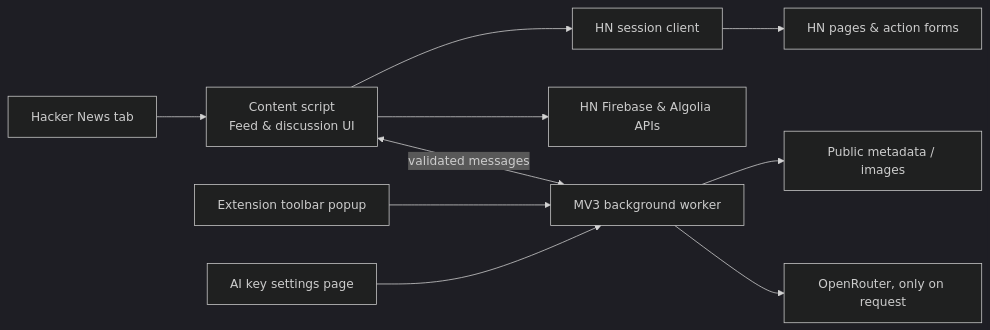
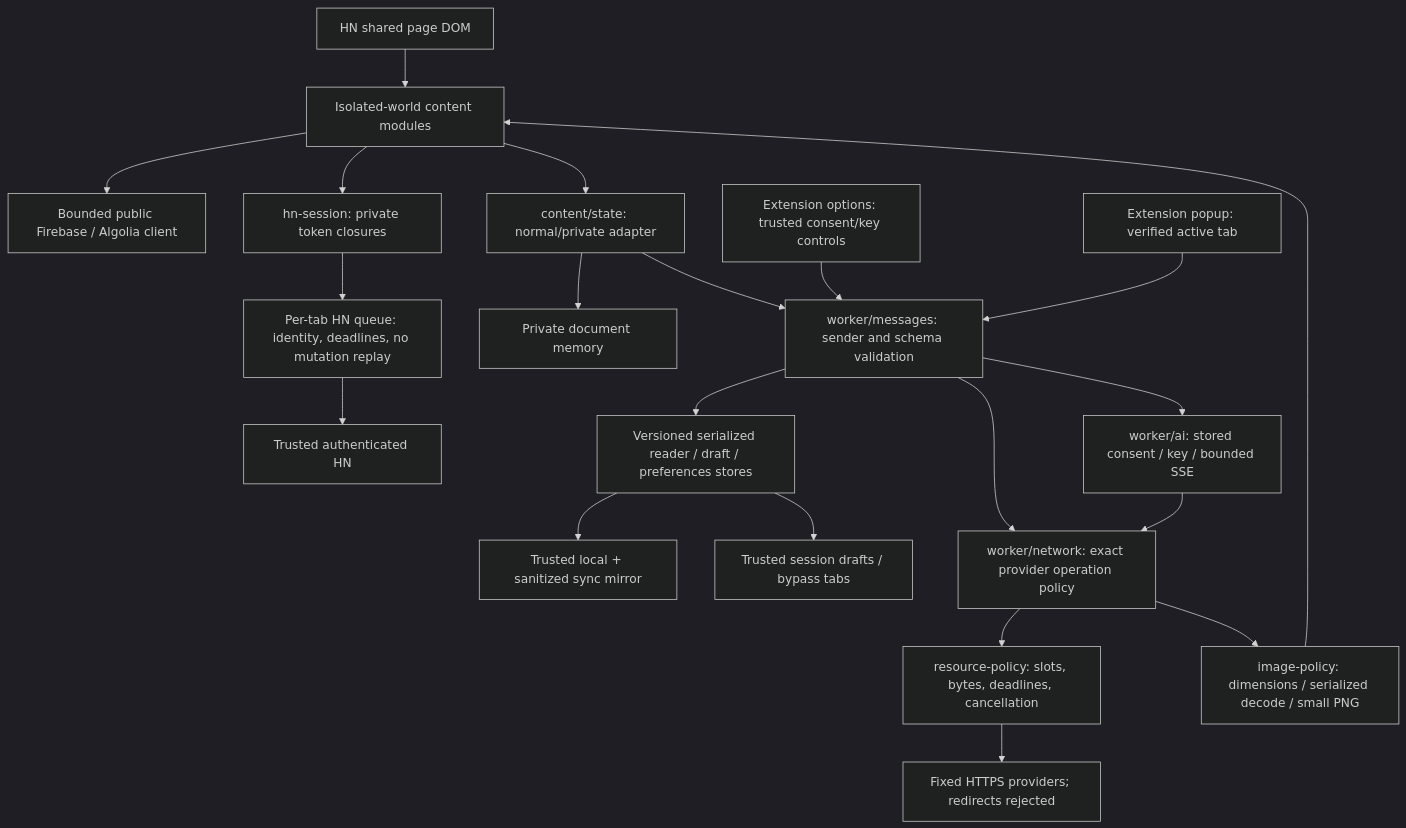
Before and after one commit to chaosmanage/harmonova: the diagram in docs/ARCHITECTURE.md, drawn with Mermaid (dark theme). The commit also changed other lines of this file, not shown here.

````diff
--- a/docs/ARCHITECTURE.md
+++ b/docs/ARCHITECTURE.md
@@ -11,12 +7,23 @@
 ```mermaid
-flowchart LR
-    HN[Hacker News tab] --> UI[Content script<br/>Feed & discussion UI]
-    UI --> Session[HN session client]
-    Session --> HNSite[HN pages & action forms]
-    UI --> Public[HN Firebase & Algolia APIs]
-    UI <-->|validated messages| Worker[MV3 background worker]
-    Worker --> Preview[Public metadata / images]
-    Worker --> AI[OpenRouter, only on request]
-    Popup[Extension toolbar popup] --> Worker
-    Options[AI key settings page] --> Worker
+flowchart TD
+    Page[HN shared page DOM] --> UI[Isolated-world content modules]
+    UI --> Public[Bounded public Firebase / Algolia client]
+    UI --> Session[hn-session: private token closures]
+    Session --> Queue[Per-tab HN queue: identity, deadlines, no mutation replay]
+    Queue --> HN[Trusted authenticated HN]
+    UI --> State[content/state: normal/private adapter]
+    State --> Private[Private document memory]
+    State --> Messages[worker/messages: sender and schema validation]
+    Options[Extension options: trusted consent/key controls] --> Messages
+    Popup[Extension popup: verified active tab] --> Messages
+    Messages --> Storage[Versioned serialized reader / draft / preferences stores]
+    Storage --> Local[Trusted local + sanitized sync mirror]
+    Storage --> SessionStore[Trusted session drafts / bypass tabs]
+    Messages --> AI[worker/ai: stored consent / key / bounded SSE]
+    Messages --> Network[worker/network: exact provider operation policy]
+    AI --> Network
+    Network --> Resources[resource-policy: slots, bytes, deadlines, cancellation]
+    Resources --> Providers[Fixed HTTPS providers; redirects rejected]
+    Network --> Images[image-policy: dimensions / serialized decode / small PNG]
+    Images --> UI
 ```
````
